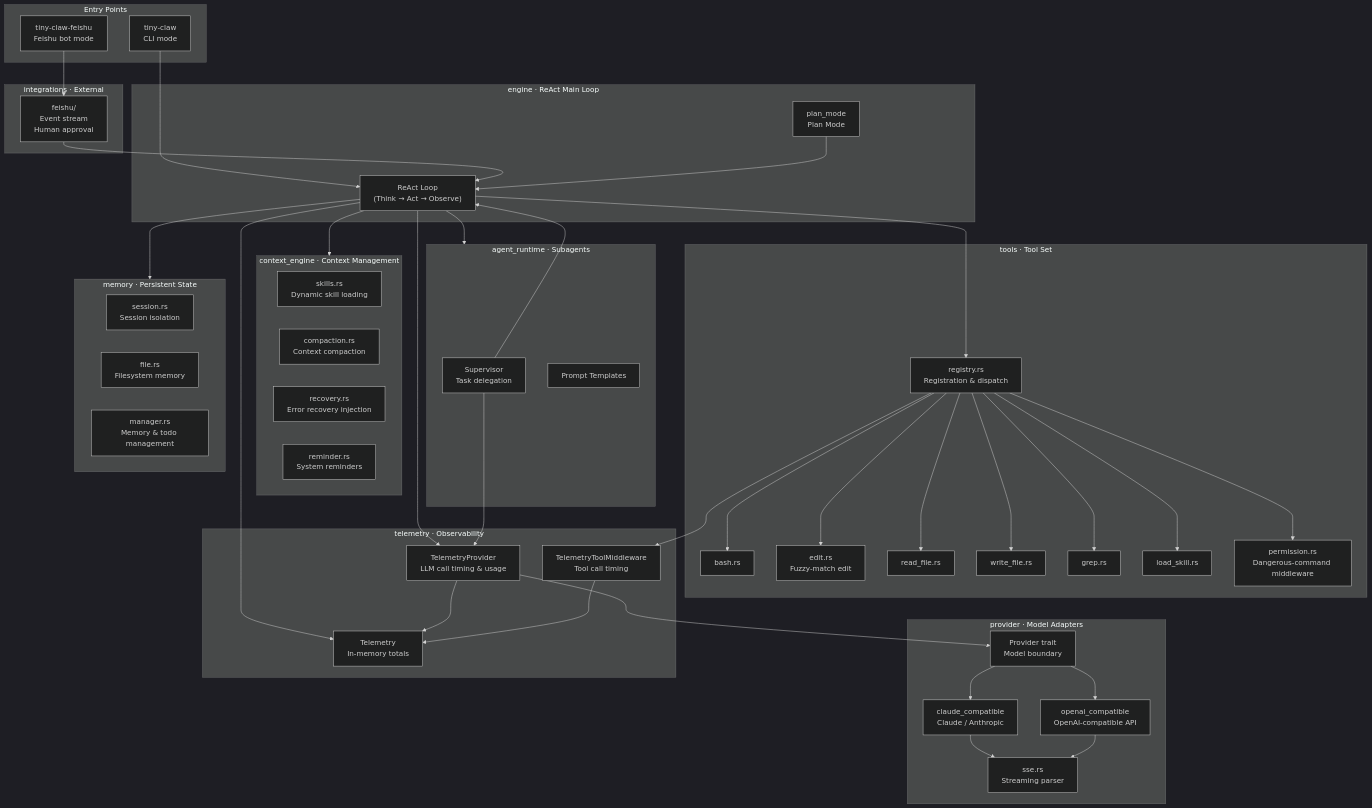
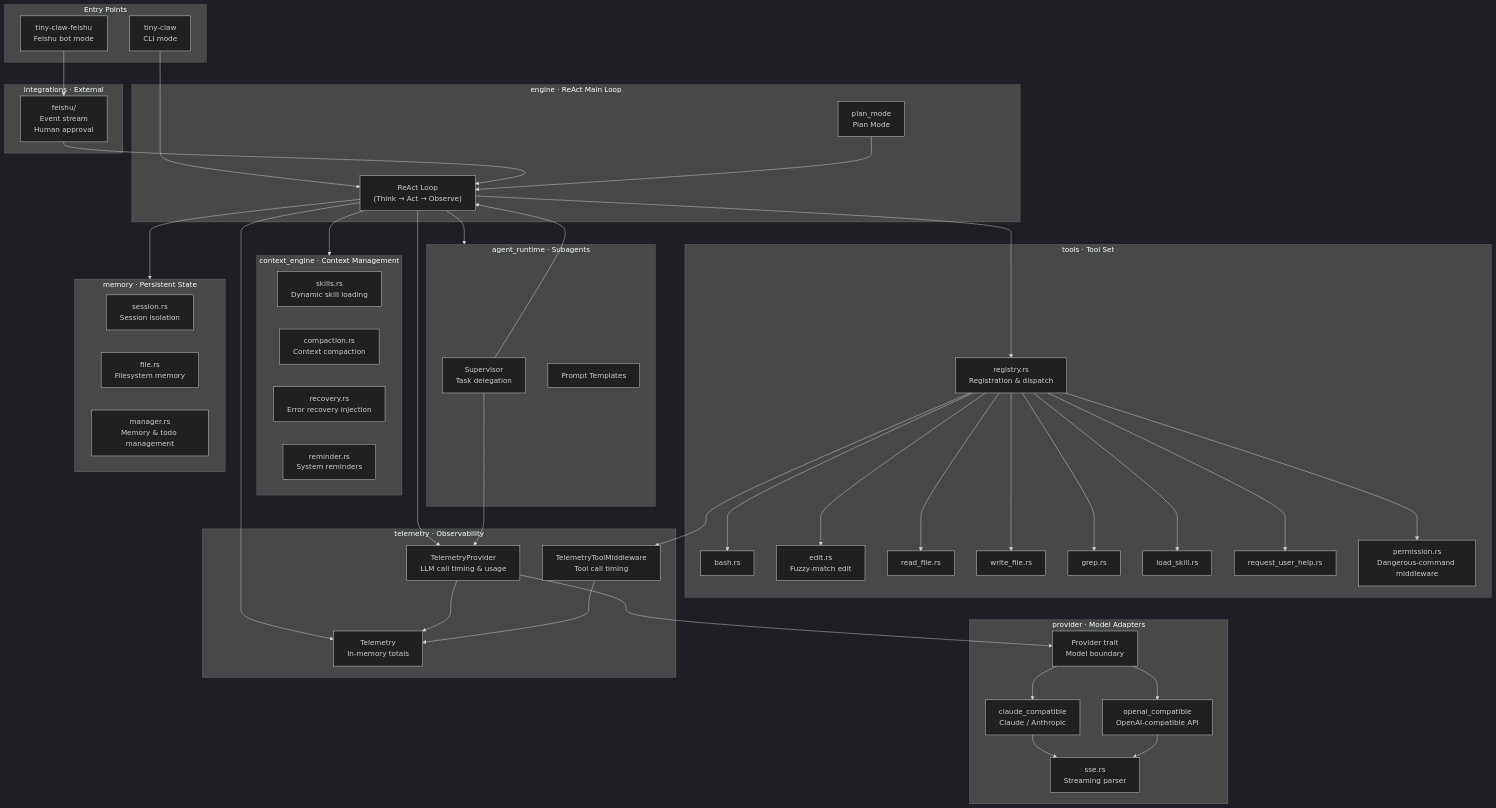
Before and after one commit to blackonionqeq/rust-tiny-claw: the diagram in docs/design/architecture.md, drawn with Mermaid (dark theme). The commit also changed 7 other files, not shown here.

Commit message:
✨ Add request user help tool

```diff
--- a/docs/design/architecture.md
+++ b/docs/design/architecture.md
@@ -41,6 +41,7 @@
         WRITE["write_file.rs"]
         GREP["grep.rs"]
         LOAD_SKILL["load_skill.rs"]
+        REQUEST_HELP["request_user_help.rs"]
         PERM["permission.rs\nDangerous-command middleware"]
     end
 
@@ -76,7 +77,7 @@
     REACT --> Memory
     REACT --> TELEM
 
-    REGISTRY --> BASH & EDIT & READ & WRITE & GREP & LOAD_SKILL
+    REGISTRY --> BASH & EDIT & READ & WRITE & GREP & LOAD_SKILL & REQUEST_HELP
     REGISTRY --> PERM
     REGISTRY --> TELEMETRY_TOOLS
     TELEMETRY_PROVIDER --> TELEM
```
